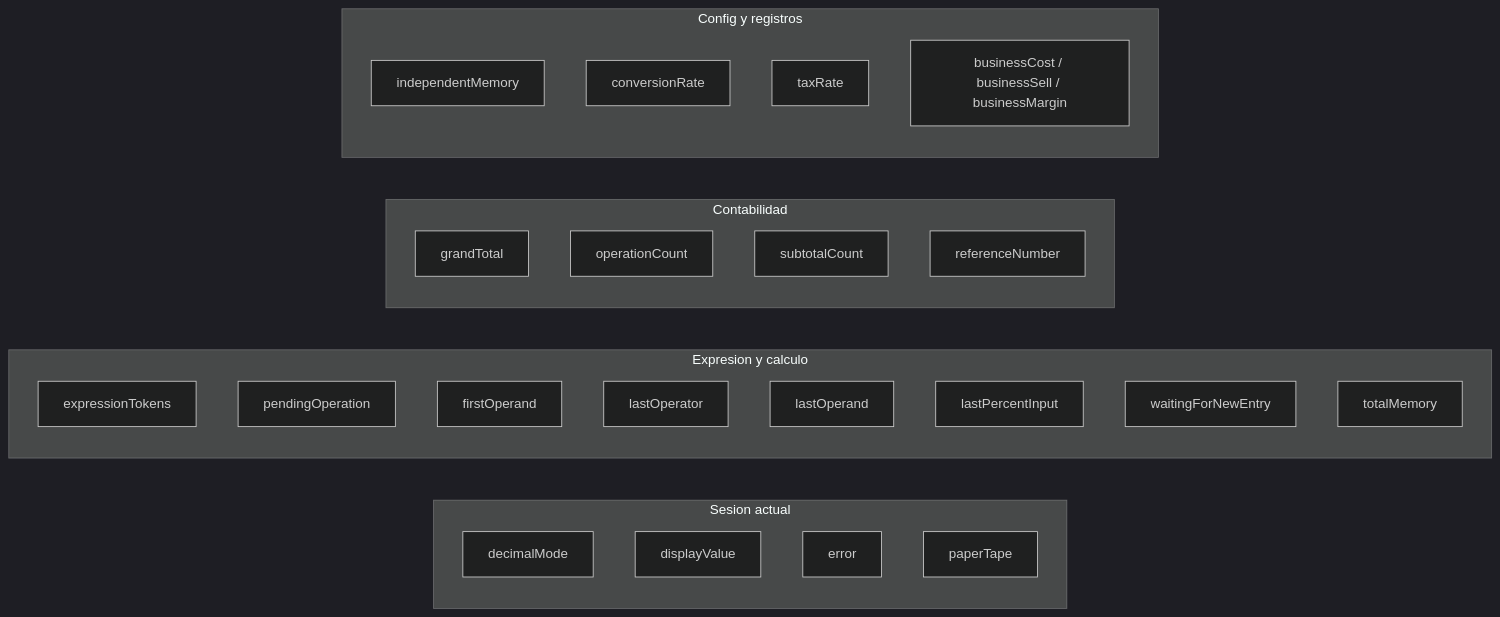
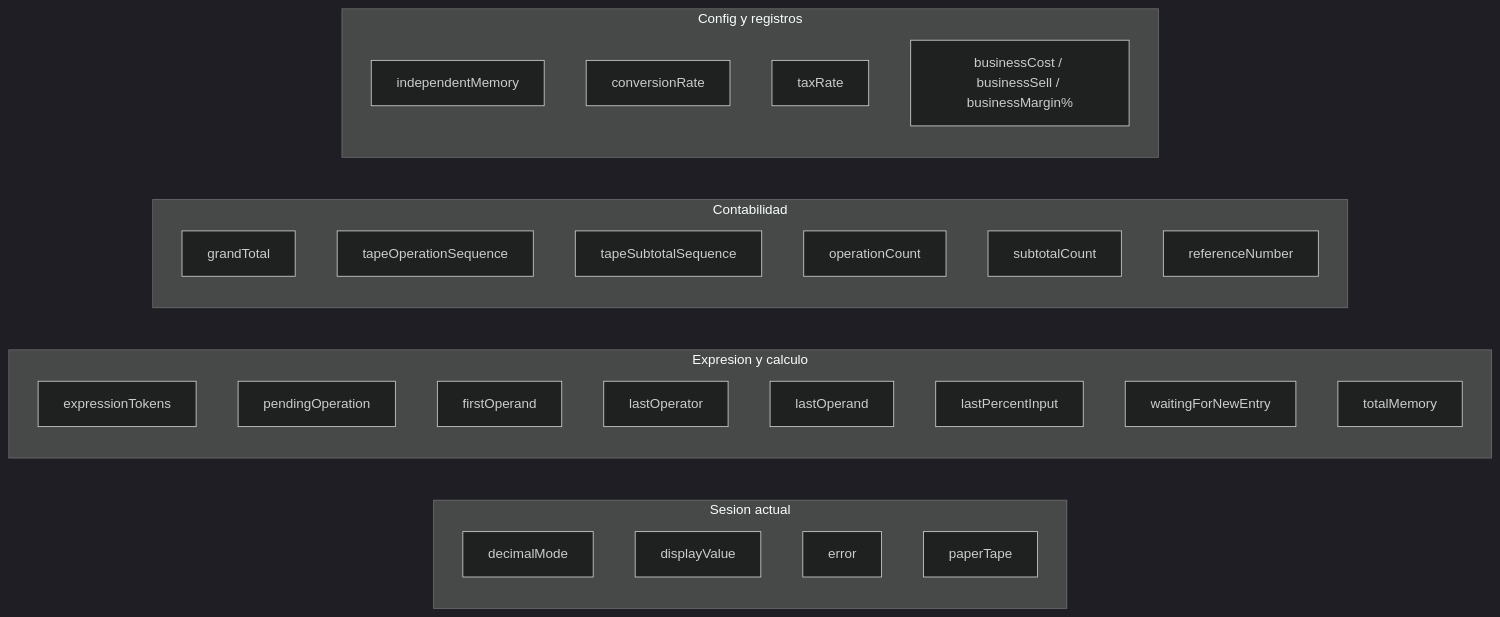
Before and after one commit to FelixNader/sumadora_2: the fourth of 8 diagrams in docs/architecture-domain-blueprint.md, drawn with Mermaid (dark theme). The commit also changed other lines of this file and 12 other files, not shown here.

Commit message:
feat: refine tape output and margin semantics

````diff
--- a/docs/architecture-domain-blueprint.md
+++ b/docs/architecture-domain-blueprint.md
@@ -309,34 +311,36 @@
 ```mermaid
 flowchart LR
     subgraph Session["Sesion actual"]
         Dec["decimalMode"]
         Display["displayValue"]
         Error["error"]
         Tape["paperTape"]
     end
 
     subgraph Arithmetic["Expresion y calculo"]
         Expr["expressionTokens"]
         Pending["pendingOperation"]
         First["firstOperand"]
         LastOp["lastOperator"]
         LastOperand["lastOperand"]
         LastPct["lastPercentInput"]
         Wait["waitingForNewEntry"]
         Total["totalMemory"]
     end
 
     subgraph Accounting["Contabilidad"]
         GT["grandTotal"]
+        TapeOp["tapeOperationSequence"]
+        TapeSub["tapeSubtotalSequence"]
         Ops["operationCount"]
         Sub["subtotalCount"]
         Ref["referenceNumber"]
     end
 
     subgraph Config["Config y registros"]
         Mem["independentMemory"]
         Rate["conversionRate"]
         Tax["taxRate"]
-        Biz["businessCost / businessSell / businessMargin"]
+        Biz["businessCost / businessSell / businessMargin%"]
     end
 ```
````
